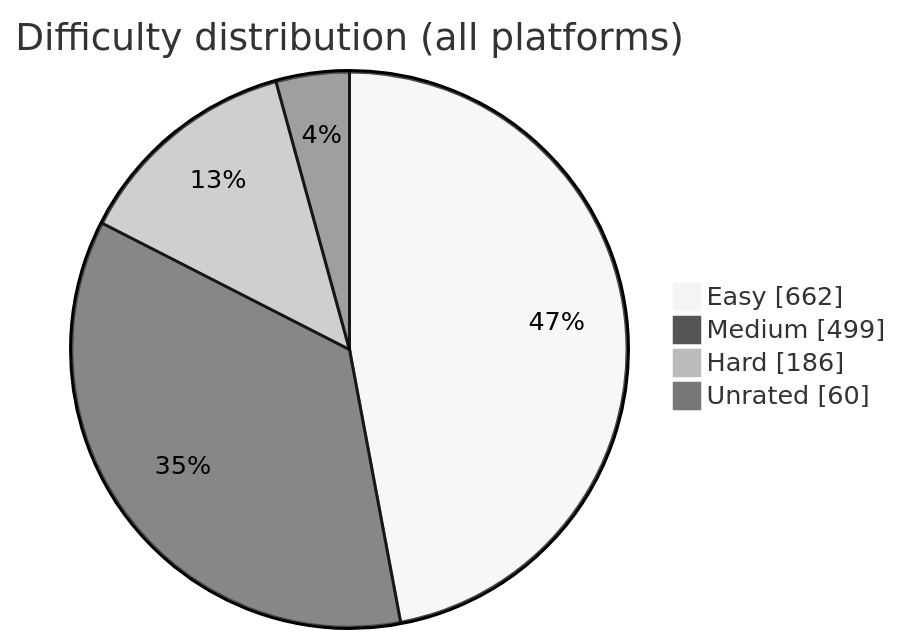
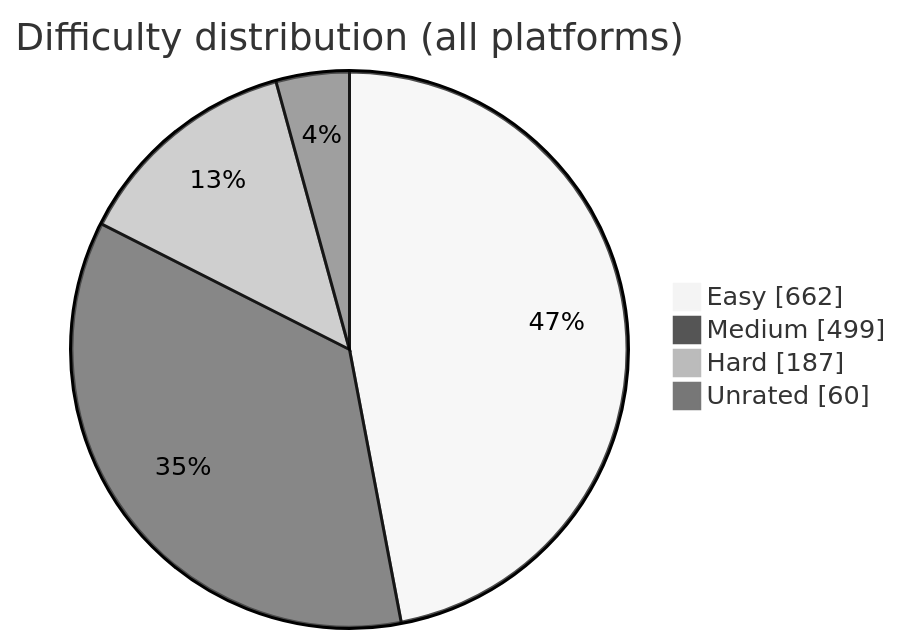
The diagram in README.md (BuildbyArindam/Daily-Coding-Log), drawn with Mermaid (neutral theme) before and after one commit. The commit also changed other lines of this file, not shown here.

````diff
--- a/README.md
+++ b/README.md
@@ -93,7 +93,7 @@
 ```mermaid
 pie showData title Difficulty distribution (all platforms)
     "Easy" : 662
     "Medium" : 499
-    "Hard" : 186
+    "Hard" : 187
     "Unrated" : 60
 ```
````
